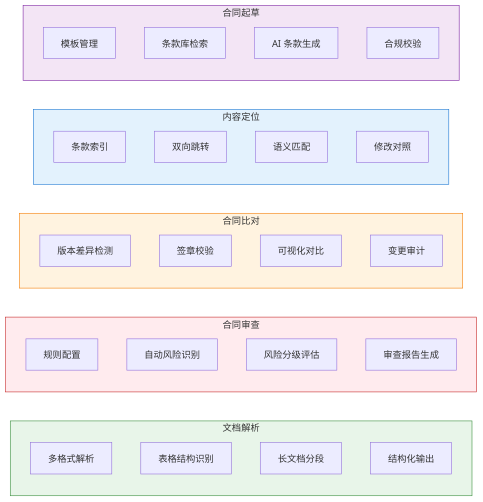
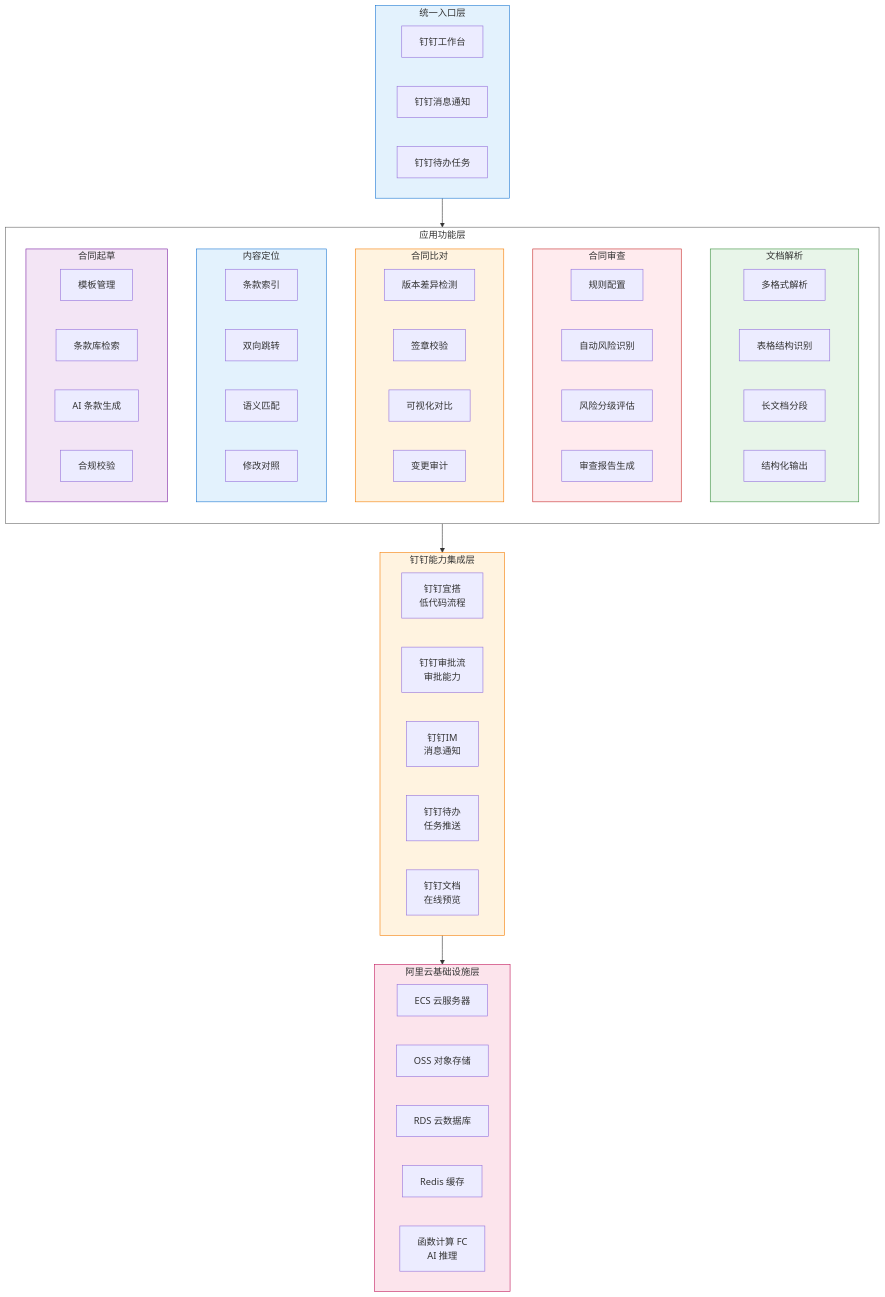
One commit to daemgo/syncmind-mmup4mzu changed the second of 3 diagrams in docs/plan/intelligent-contract-management-solution.md. Above: the diagram before and after it, drawn with Mermaid. The commit also changed other lines of this file, not shown here.

Commit message:
Session 0cada083

````diff
--- a/docs/plan/intelligent-contract-management-solution.md
+++ b/docs/plan/intelligent-contract-management-solution.md
@@ -224,43 +231,76 @@
 ```mermaid
-flowchart LR
-    subgraph M1["文档解析"]
-        F11["多格式解析"]
-        F12["表格结构识别"]
-        F13["长文档分段"]
-        F14["结构化输出"]
+flowchart TB
+    subgraph ENTRY["统一入口层"]
+        E1["钉钉工作台"]
+        E2["钉钉消息通知"]
+        E3["钉钉待办任务"]
     end
 
-    subgraph M2["合同审查"]
-        F21["规则配置"]
-        F22["自动风险识别"]
-        F23["风险分级评估"]
-        F24["审查报告生成"]
+    subgraph APP["应用功能层"]
+        direction TB
+        subgraph M1["文档解析"]
+            F11["多格式解析"]
+            F12["表格结构识别"]
+            F13["长文档分段"]
+            F14["结构化输出"]
+        end
+
+        subgraph M2["合同审查"]
+            F21["规则配置"]
+            F22["自动风险识别"]
+            F23["风险分级评估"]
+            F24["审查报告生成"]
+        end
+
+        subgraph M3["合同比对"]
+            F31["版本差异检测"]
+            F32["签章校验"]
+            F33["可视化对比"]
+            F34["变更审计"]
+        end
+
+        subgraph M4["内容定位"]
+            F41["条款索引"]
+            F42["双向跳转"]
+            F43["语义匹配"]
+            F44["修改对照"]
+        end
+
+        subgraph M5["合同起草"]
+            F51["模板管理"]
+            F52["条款库检索"]
+            F53["AI 条款生成"]
+            F54["合规校验"]
+        end
     end
 
-    subgraph M3["合同比对"]
-        F31["版本差异检测"]
-        F32["签章校验"]
-        F33["可视化对比"]
-        F34["变更审计"]
+    subgraph DINGTALK["钉钉能力集成层"]
+        D1["钉钉宜搭<br>低代码流程"]
+        D2["钉钉审批流<br>审批能力"]
+        D3["钉钉IM<br>消息通知"]
+        D4["钉钉待办<br>任务推送"]
+        D5["钉钉文档<br>在线预览"]
     end
 
-    subgraph M4["内容定位"]
-        F41["条款索引"]
-        F42["双向跳转"]
-        F43["语义匹配"]
-        F44["修改对照"]
+    subgraph ALIYUN["阿里云基础设施层"]
+        A1["ECS 云服务器"]
+        A2["OSS 对象存储"]
+        A3["RDS 云数据库"]
+        A4["Redis 缓存"]
+        A5["函数计算 FC<br>AI 推理"]
     end
 
-    subgraph M5["合同起草"]
-        F51["模板管理"]
-        F52["条款库检索"]
-        F53["AI 条款生成"]
-        F54["合规校验"]
-    end
+    ENTRY --> APP
+    APP --> DINGTALK
+    DINGTALK --> ALIYUN
 
+    style ENTRY fill:#e3f2fd,stroke:#1976d2
+    style APP fill:#fff,stroke:#666
+    style DINGTALK fill:#fff3e0,stroke:#f57c00
+    style ALIYUN fill:#fce4ec,stroke:#c2185b
     style M1 fill:#e8f5e9,stroke:#388e3c
     style M2 fill:#ffebee,stroke:#c62828
     style M3 fill:#fff3e0,stroke:#f57c00
     style M4 fill:#e3f2fd,stroke:#1976d2
     style M5 fill:#f3e5f5,stroke:#7b1fa2
 ```
````
